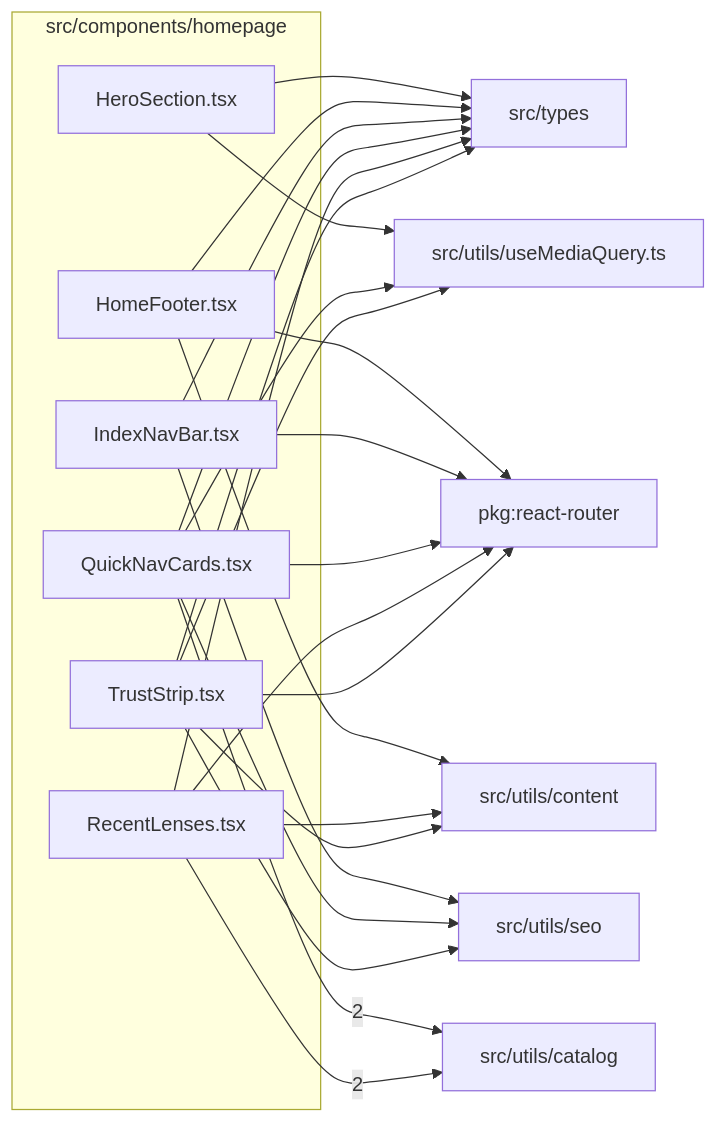
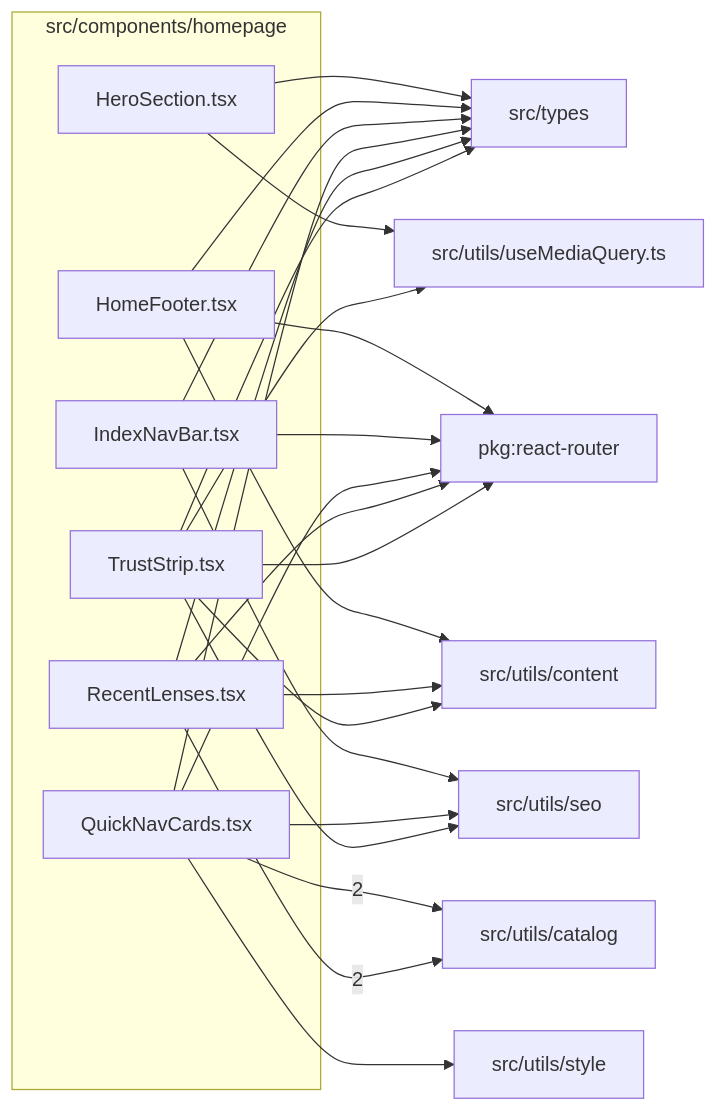
Before and after one commit to ronbuening/LensVisualizer: the diagram in src/components/homepage/readme.md, drawn with Mermaid. The commit also changed other lines of this file and 149 other files, not shown here.

````diff
--- a/src/components/homepage/readme.md
+++ b/src/components/homepage/readme.md
@@ -9,39 +9,40 @@
 ```mermaid
 flowchart LR
   subgraph n_src_components_homepage["src/components/homepage"]
     n_src_components_homepage_src_components_homepage_HeroSection_tsx["HeroSection.tsx"]
     n_src_components_homepage_src_components_homepage_HomeFooter_tsx["HomeFooter.tsx"]
     n_src_components_homepage_src_components_homepage_IndexNavBar_tsx["IndexNavBar.tsx"]
     n_src_components_homepage_src_components_homepage_QuickNavCards_tsx["QuickNavCards.tsx"]
     n_src_components_homepage_src_components_homepage_RecentLenses_tsx["RecentLenses.tsx"]
     n_src_components_homepage_src_components_homepage_TrustStrip_tsx["TrustStrip.tsx"]
   end
   n_external_src_utils_catalog["src/utils/catalog"]
   n_external_pkg_react_router["pkg:react-router"]
   n_external_src_types["src/types"]
   n_external_src_utils_content["src/utils/content"]
   n_external_src_utils_seo["src/utils/seo"]
+  n_external_src_utils_style["src/utils/style"]
   n_external_src_utils_useMediaQuery_ts["src/utils/useMediaQuery.ts"]
   n_src_components_homepage_src_components_homepage_QuickNavCards_tsx --> |2| n_external_src_utils_catalog
   n_src_components_homepage_src_components_homepage_RecentLenses_tsx --> |2| n_external_src_utils_catalog
   n_src_components_homepage_src_components_homepage_HomeFooter_tsx --> n_external_pkg_react_router
   n_src_components_homepage_src_components_homepage_IndexNavBar_tsx --> n_external_pkg_react_router
   n_src_components_homepage_src_components_homepage_QuickNavCards_tsx --> n_external_pkg_react_router
   n_src_components_homepage_src_components_homepage_RecentLenses_tsx --> n_external_pkg_react_router
   n_src_components_homepage_src_components_homepage_TrustStrip_tsx --> n_external_pkg_react_router
   n_src_components_homepage_src_components_homepage_HeroSection_tsx --> n_external_src_types
   n_src_components_homepage_src_components_homepage_HomeFooter_tsx --> n_external_src_types
   n_src_components_homepage_src_components_homepage_IndexNavBar_tsx --> n_external_src_types
   n_src_components_homepage_src_components_homepage_QuickNavCards_tsx --> n_external_src_types
   n_src_components_homepage_src_components_homepage_RecentLenses_tsx --> n_external_src_types
   n_src_components_homepage_src_components_homepage_TrustStrip_tsx --> n_external_src_types
   n_src_components_homepage_src_components_homepage_HomeFooter_tsx --> n_external_src_utils_content
   n_src_components_homepage_src_components_homepage_RecentLenses_tsx --> n_external_src_utils_content
   n_src_components_homepage_src_components_homepage_TrustStrip_tsx --> n_external_src_utils_content
   n_src_components_homepage_src_components_homepage_IndexNavBar_tsx --> n_external_src_utils_seo
   n_src_components_homepage_src_components_homepage_QuickNavCards_tsx --> n_external_src_utils_seo
   n_src_components_homepage_src_components_homepage_TrustStrip_tsx --> n_external_src_utils_seo
+  n_src_components_homepage_src_components_homepage_QuickNavCards_tsx --> n_external_src_utils_style
   n_src_components_homepage_src_components_homepage_HeroSection_tsx --> n_external_src_utils_useMediaQuery_ts
-  n_src_components_homepage_src_components_homepage_QuickNavCards_tsx --> n_external_src_utils_useMediaQuery_ts
   n_src_components_homepage_src_components_homepage_TrustStrip_tsx --> n_external_src_utils_useMediaQuery_ts
 ```
````
